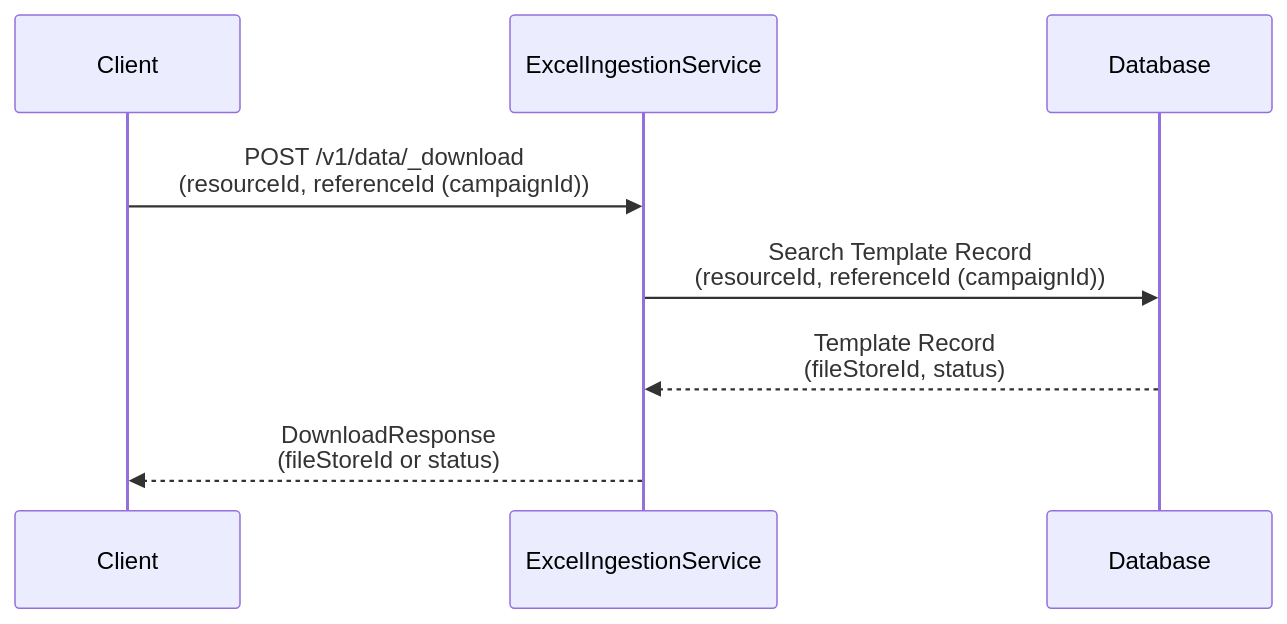
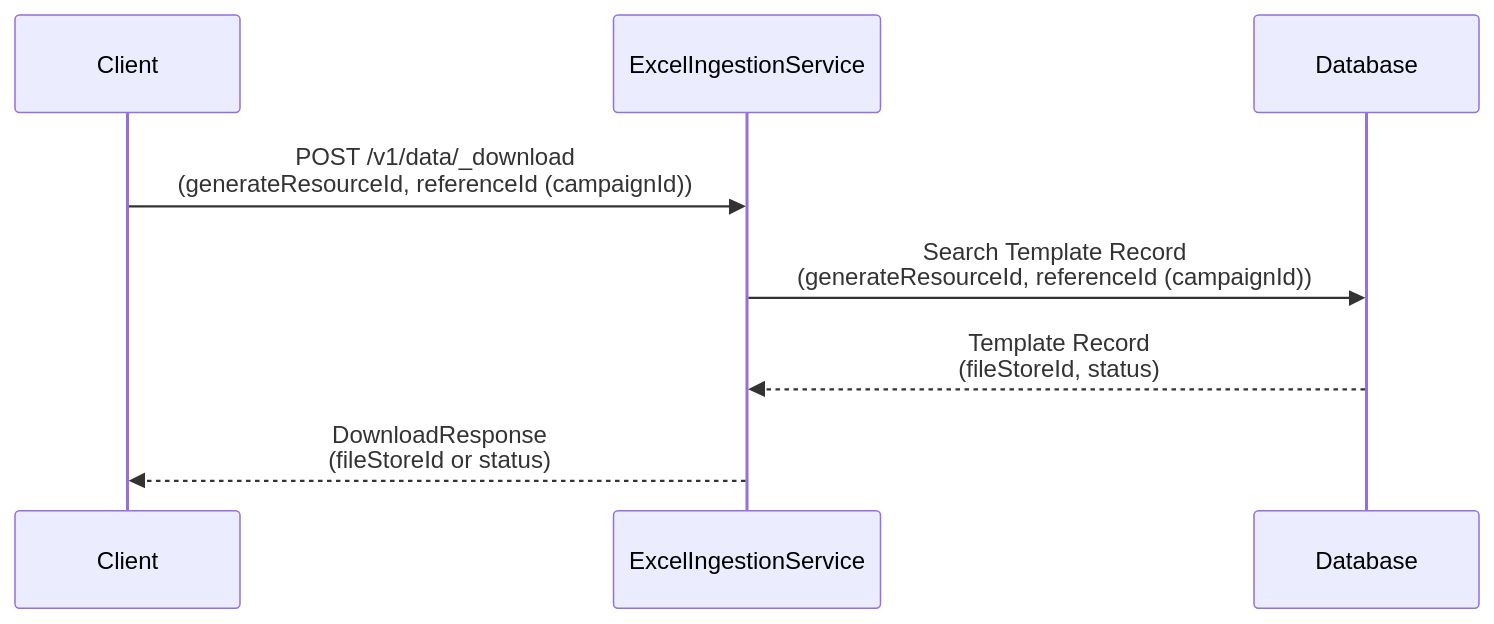
The fourth of 5 diagrams in tempDesign.md (ashish-egov/campaign-whole-sheet-ingestion), drawn with Mermaid before and after one commit. The commit also changed other lines of this file, not shown here.

````diff
--- a/tempDesign.md
+++ b/tempDesign.md
@@ -152,13 +152,13 @@
 ```mermaid
 sequenceDiagram
     participant Client
     participant ExcelIngestionService
     participant Database
     
-    Client->>ExcelIngestionService: POST /v1/data/_download<br/>(resourceId, referenceId (campaignId))
+    Client->>ExcelIngestionService: POST /v1/data/_download<br/>(generateResourceId, referenceId (campaignId))
     
-    ExcelIngestionService->>Database: Search Template Record<br/>(resourceId, referenceId (campaignId))
+    ExcelIngestionService->>Database: Search Template Record<br/>(generateResourceId, referenceId (campaignId))
     Database-->>ExcelIngestionService: Template Record<br/>(fileStoreId, status)
     
     ExcelIngestionService-->>Client: DownloadResponse<br/>(fileStoreId or status)
 ```
````
